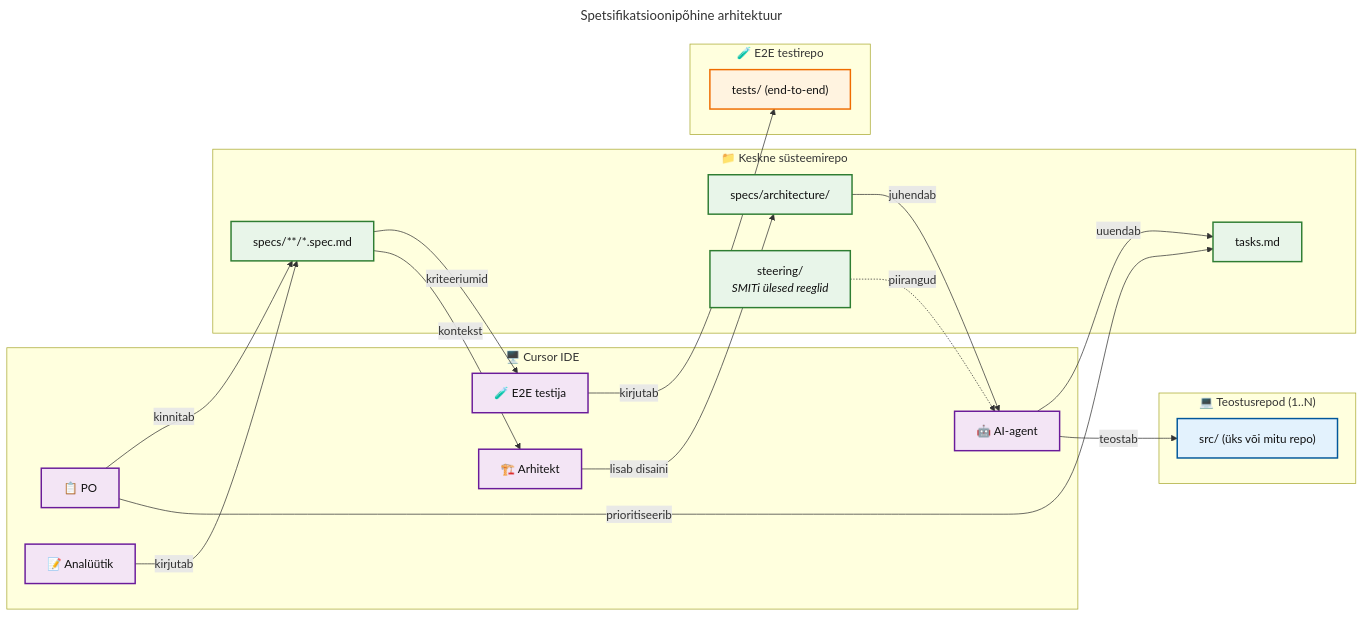
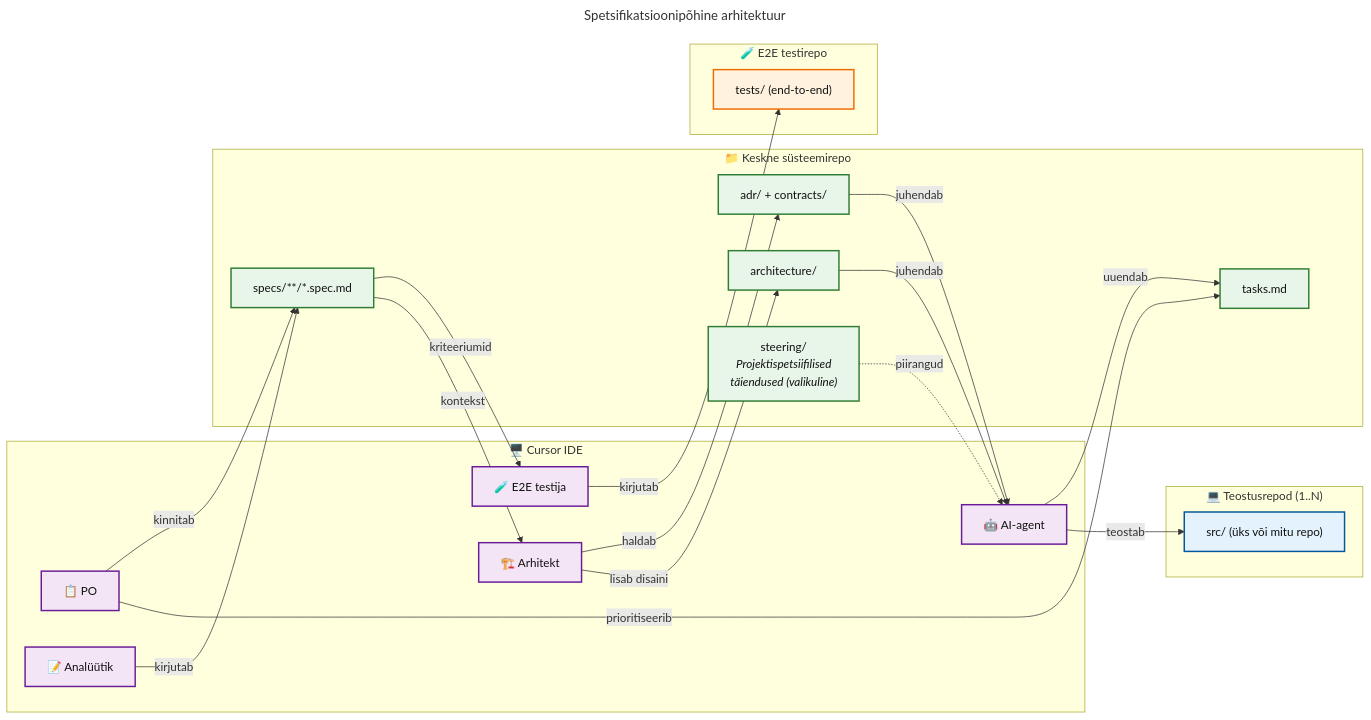
One commit to e-gov/cursor-prompts changed the third of 17 diagrams in process/specification-driven-development.md. Above: the diagram before and after it, drawn with Mermaid. The commit also changed other lines of this file and 18 other files, not shown here.

````diff
--- a/process/specification-driven-development.md
+++ b/process/specification-driven-development.md
@@ -123,50 +123,53 @@
 ```mermaid
 ---
 title: Spetsifikatsioonipõhine arhitektuur
 ---
 flowchart LR
     subgraph Cursor["🖥️ Cursor IDE"]
         PO["📋 PO"]
         AN["📝 Analüütik"]
         AR["🏗️ Arhitekt"]
         AI["🤖 AI-agent"]
         QA["🧪 E2E testija"]
     end
 
     subgraph Repo["📁 Keskne süsteemirepo"]
         SPEC["specs/**/*.spec.md"]
-        ARCH["specs/architecture/"]
-        STEER["steering/<br/><i>SMITi ülesed reeglid</i>"]
+        ARCH["architecture/"]
+        ADR_C["adr/ + contracts/"]
+        STEER["steering/<br/><i>Projektispetsiifilised<br/>täiendused (valikuline)</i>"]
         TASKS["tasks.md"]
     end
 
     subgraph Impl["💻 Teostusrepod (1..N)"]
         CODE["src/ (üks või mitu repo)"]
     end
 
     subgraph E2E["🧪 E2E testirepo"]
         E2ECODE["tests/ (end-to-end)"]
     end
 
     PO -->|"prioritiseerib"| TASKS
     PO -->|"kinnitab"| SPEC
     AN -->|"kirjutab"| SPEC
     AR -->|"lisab disaini"| ARCH
+    AR -->|"haldab"| ADR_C
     AI -->|"teostab"| CODE
     AI -->|"uuendab"| TASKS
     STEER -.->|"piirangud"| AI
     SPEC -->|"kontekst"| AR
     ARCH -->|"juhendab"| AI
+    ADR_C -->|"juhendab"| AI
     SPEC -->|"kriteeriumid"| QA
     QA -->|"kirjutab"| E2ECODE
 
     classDef cursor fill:#f3e5f5,stroke:#6a1b9a,stroke-width:2px,color:#111111
     classDef repo fill:#e8f5e9,stroke:#2e7d32,stroke-width:2px,color:#111111
     classDef impl fill:#e3f2fd,stroke:#01579b,stroke-width:2px,color:#111111
     classDef e2e fill:#fff3e0,stroke:#ef6c00,stroke-width:2px,color:#111111
 
     class PO,AN,AR,AI,QA cursor
-    class SPEC,ARCH,STEER,TASKS repo
+    class SPEC,ARCH,ADR_C,STEER,TASKS repo
     class CODE impl
     class E2ECODE e2e
 ```
````
